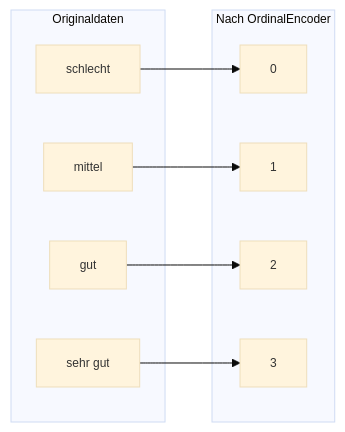
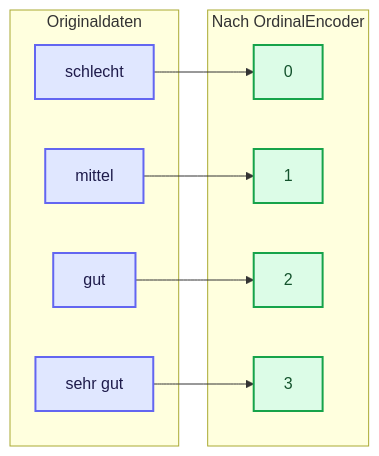
One commit to ralf-42/ML_Intro changed the third of 6 diagrams in docs/concepts/prepare/kodierung_kategorialer_daten.md. Above: the diagram before and after it, drawn with Mermaid. The commit also changed other lines of this file and 49 other files, not shown here.

````diff
--- a/docs/concepts/prepare/kodierung_kategorialer_daten.md
+++ b/docs/concepts/prepare/kodierung_kategorialer_daten.md
@@ -97,22 +97,28 @@
 ```mermaid
-%%{init: {'theme': 'base', 'themeVariables': {'fontSize': '12px'}}}%%
 flowchart LR
     subgraph Vorher["Originaldaten"]
         V1["schlecht"]
         V2["mittel"]
         V3["gut"]
         V4["sehr gut"]
     end
     
     subgraph Nachher["Nach OrdinalEncoder"]
         N1["0"]
         N2["1"]
         N3["2"]
         N4["3"]
     end
     
     V1 --> N1
     V2 --> N2
     V3 --> N3
     V4 --> N4
+
+    classDef default fill:#e0f2fe,stroke:#0284c7,stroke-width:2px,color:#0c4a6e;
+    classDef input fill:#e0e7ff,stroke:#6366f1,stroke-width:2px,color:#1e1b4b;
+    classDef output fill:#dcfce7,stroke:#16a34a,stroke-width:2px,color:#14532d;
+
+    class V1,V2,V3,V4 input;
+    class N1,N2,N3,N4 output;
 ```
````
